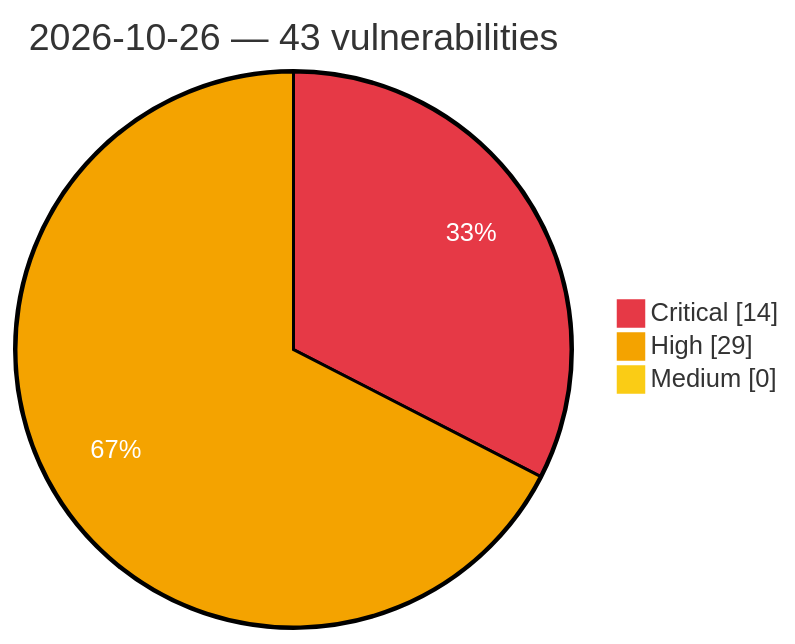
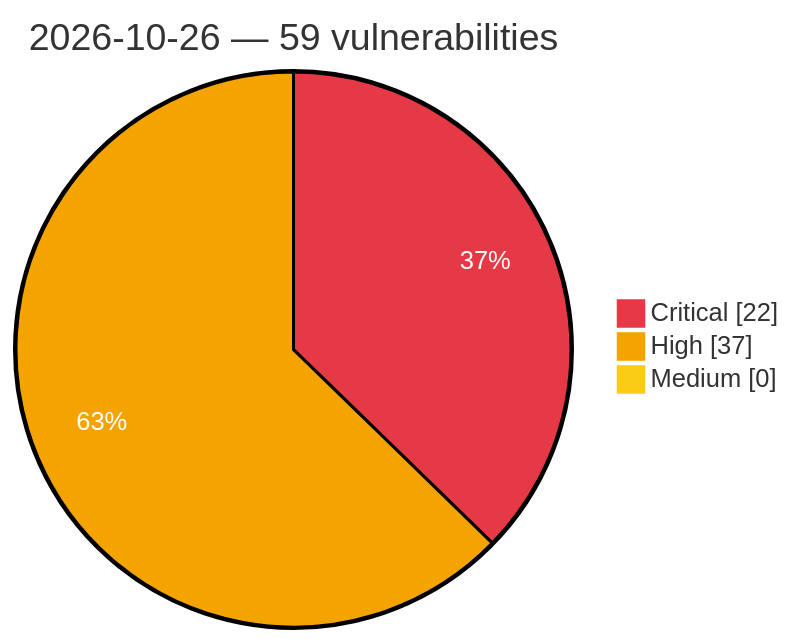
The diagram in vulnerabilities/2026/October/2026-10-26.md (GhostX0X/vuln-tracker), drawn with Mermaid before and after one commit. The commit also changed other lines of this file and 5 other files, not shown here.

Commit message:
Auto update: critical/high vulns (2026-10-26 21:52 UTC)

````diff
--- a/vulnerabilities/2026/October/2026-10-26.md
+++ b/vulnerabilities/2026/October/2026-10-26.md
@@ -3,8 +3,8 @@
 ```mermaid
 %%{init: {'theme':'base', 'themeVariables': {'pie1':'#e63946', 'pie2':'#f4a300', 'pie3':'#facc15', 'pieOpacity':'1', 'pieOuterStrokeWidth':'2px', 'pieSectionTextColor':'#ffffff'}}}%%
 pie showData
-    title 2026-10-26 — 43 vulnerabilities
-    "Critical" : 14
-    "High" : 29
+    title 2026-10-26 — 59 vulnerabilities
+    "Critical" : 22
+    "High" : 37
     "Medium" : 0
 ```
````
